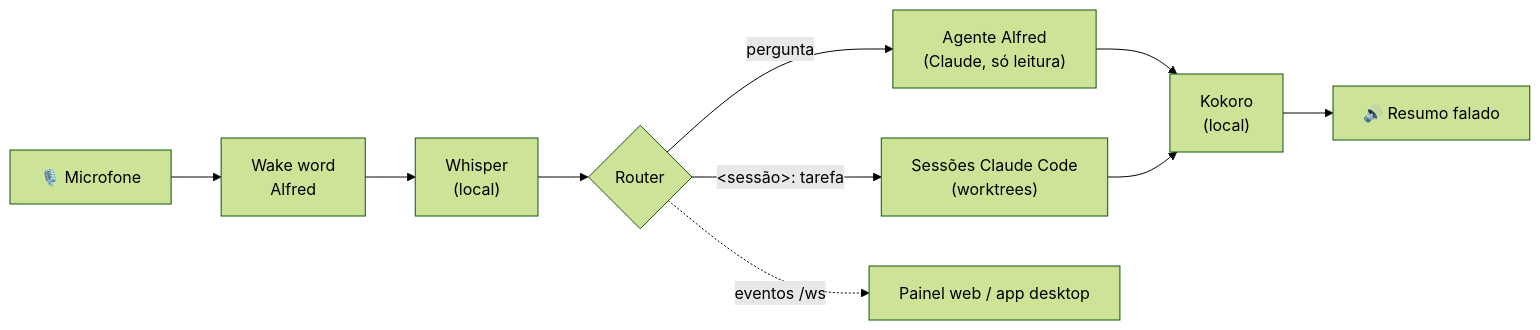
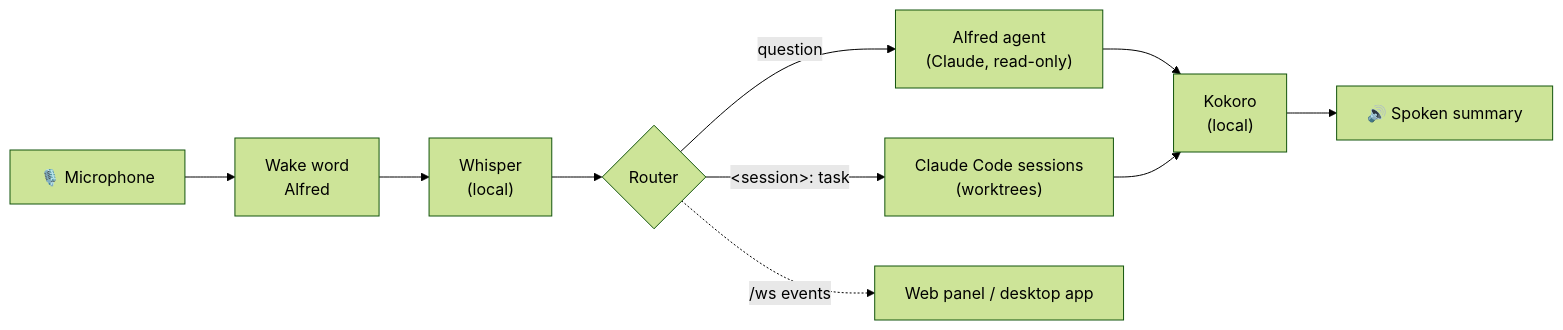
Before and after one commit to NavesDev/AlfredAgent: the diagram in README.md, drawn with Mermaid (forest theme). The commit also changed other lines of this file and 2 other files, not shown here.

Commit message:
docs: README and CONTRIBUTING in English, the repo is English-only

````diff
--- a/README.md
+++ b/README.md
@@ -45,9 +47,9 @@
 ```mermaid
 flowchart LR
-  mic["🎙️ Microfone"] --> wake["Wake word<br/>Alfred"] --> stt["Whisper<br/>(local)"] --> router{Router}
-  router -->|pergunta| alfred["Agente Alfred<br/>(Claude, só leitura)"]
-  router -->|"&lt;sessão&gt;: tarefa"| sessions["Sessões Claude Code<br/>(worktrees)"]
-  alfred --> tts["Kokoro<br/>(local)"] --> speaker["🔊 Resumo falado"]
+  mic["🎙️ Microphone"] --> wake["Wake word<br/>Alfred"] --> stt["Whisper<br/>(local)"] --> router{Router}
+  router -->|question| alfred["Alfred agent<br/>(Claude, read-only)"]
+  router -->|"&lt;session&gt;: task"| sessions["Claude Code sessions<br/>(worktrees)"]
+  alfred --> tts["Kokoro<br/>(local)"] --> speaker["🔊 Spoken summary"]
   sessions --> tts
-  router -. eventos /ws .-> panel["Painel web / app desktop"]
+  router -. /ws events .-> panel["Web panel / desktop app"]
 ```
````
